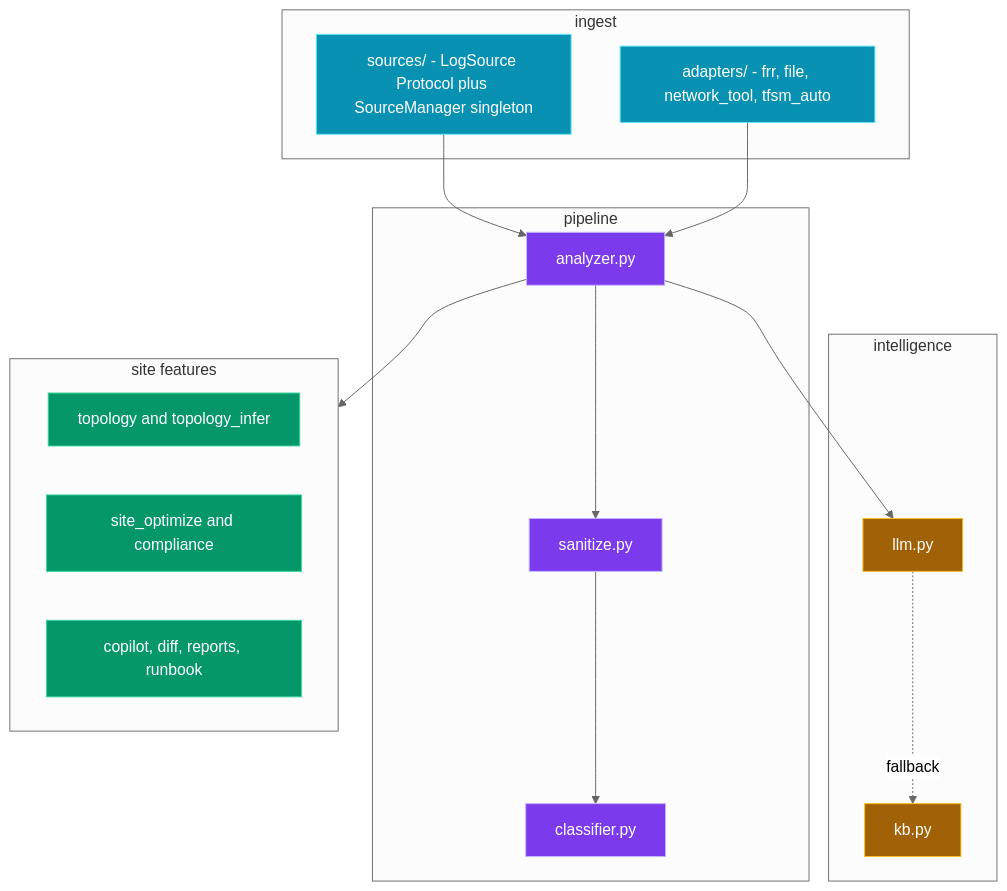
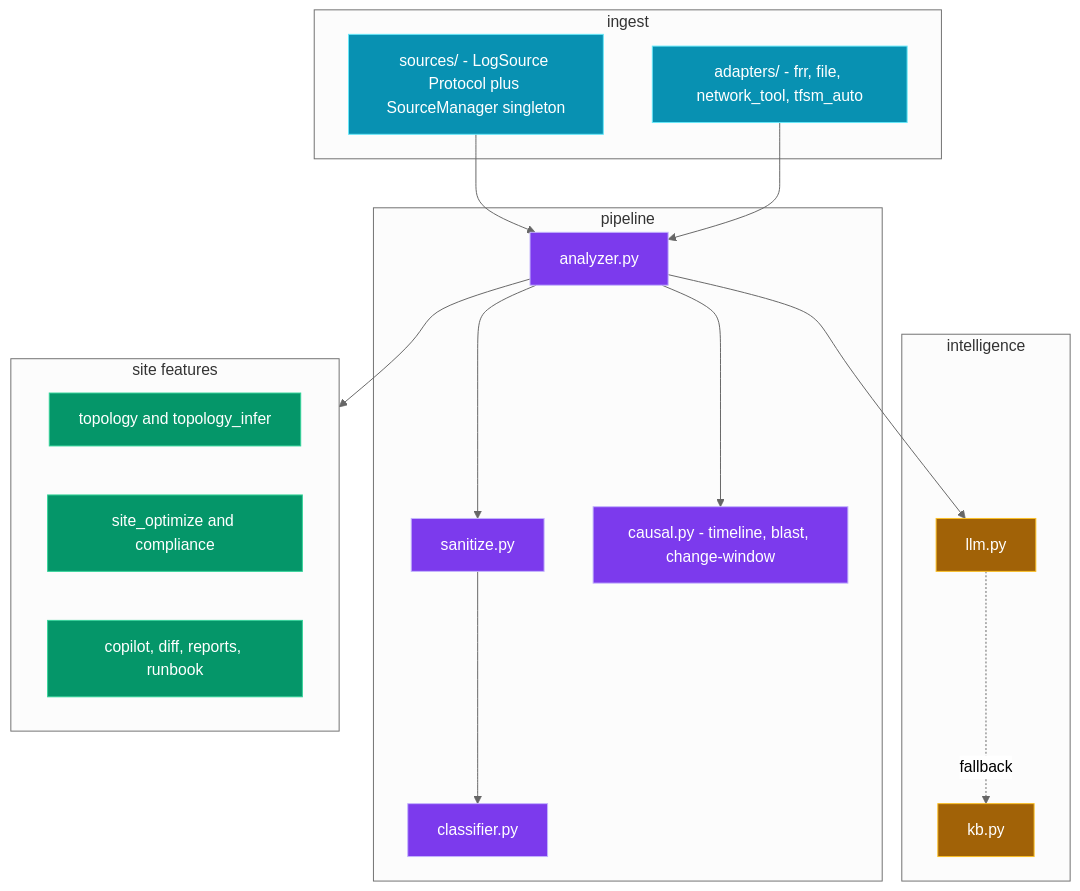
One commit to gesh75/netlog-ai changed the seventh of 7 diagrams in docs/ARCHITECTURE.md. Above: the diagram before and after it, drawn with Mermaid (neutral theme). The commit also changed other lines of this file and 5 other files, not shown here.

````diff
--- a/docs/ARCHITECTURE.md
+++ b/docs/ARCHITECTURE.md
@@ -278,40 +288,42 @@
 ```mermaid
 flowchart TB
     subgraph IN["ingest"]
         SOURCES["sources/ - LogSource Protocol plus SourceManager singleton"]
         ADAPTERS["adapters/ - frr, file, network_tool, tfsm_auto"]
     end
 
     subgraph PIPE["pipeline"]
         SANITIZE["sanitize.py"]
         CLASSIFIER["classifier.py"]
         ANALYZER["analyzer.py"]
+        CAUSAL["causal.py - timeline, blast, change-window"]
     end
 
     subgraph INTEL["intelligence"]
         LLM["llm.py"]
         KB["kb.py"]
     end
 
     subgraph SITE["site features"]
         TOPO["topology and topology_infer"]
         OPT["site_optimize and compliance"]
         EXTRA["copilot, diff, reports, runbook"]
     end
 
     SOURCES & ADAPTERS --> ANALYZER
     ANALYZER --> SANITIZE --> CLASSIFIER
+    ANALYZER --> CAUSAL
     ANALYZER --> LLM
     LLM -.fallback.-> KB
     ANALYZER --> SITE
 
     classDef in   fill:#0891b2,stroke:#67e8f9,color:#fff
     classDef pipe fill:#7c3aed,stroke:#c4b5fd,color:#fff
     classDef ai   fill:#a16207,stroke:#fbbf24,color:#fff
     classDef site fill:#059669,stroke:#34d399,color:#fff
 
     class SOURCES,ADAPTERS in
-    class SANITIZE,CLASSIFIER,ANALYZER pipe
+    class SANITIZE,CLASSIFIER,ANALYZER,CAUSAL pipe
     class LLM,KB ai
     class TOPO,OPT,EXTRA site
 ```
````
